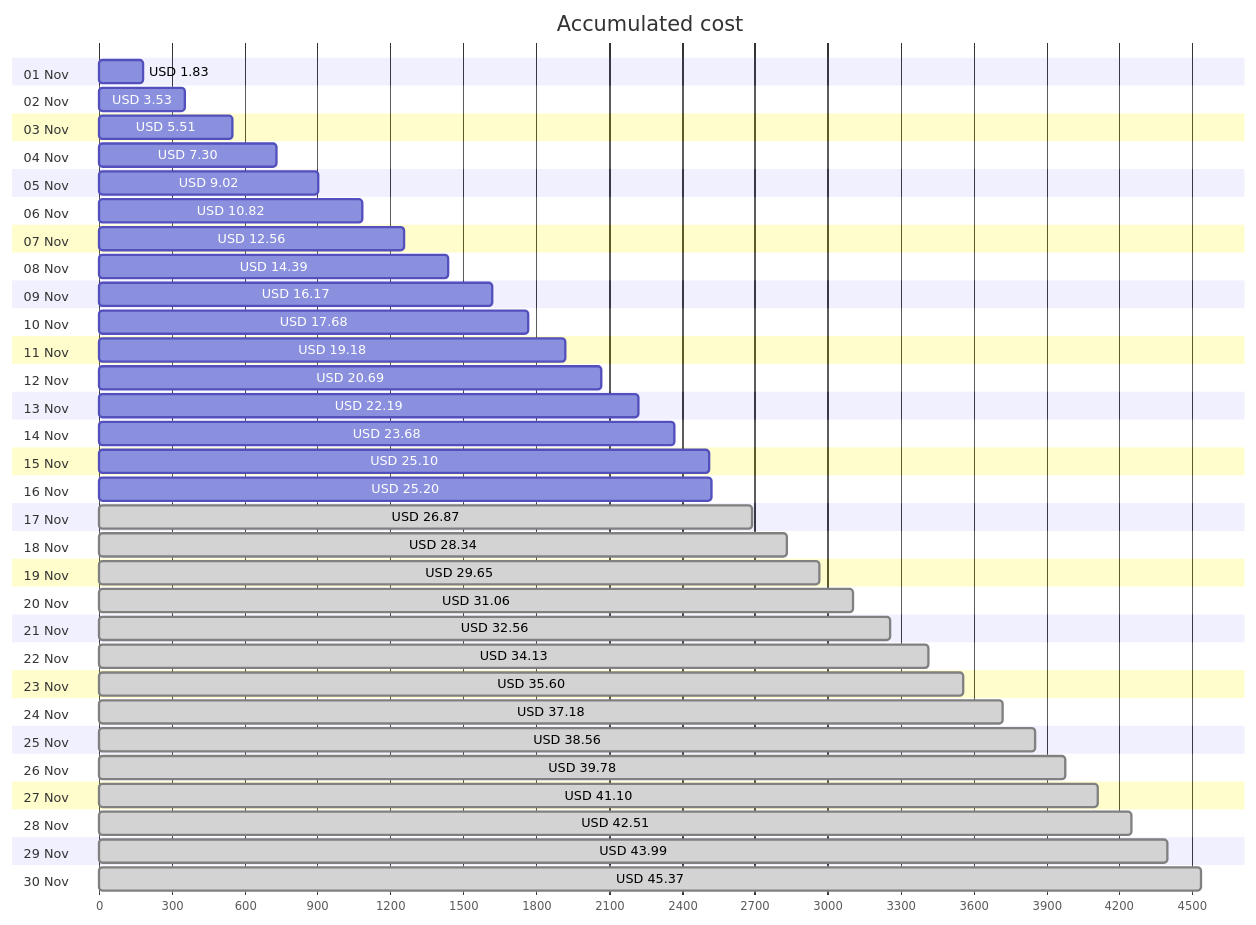
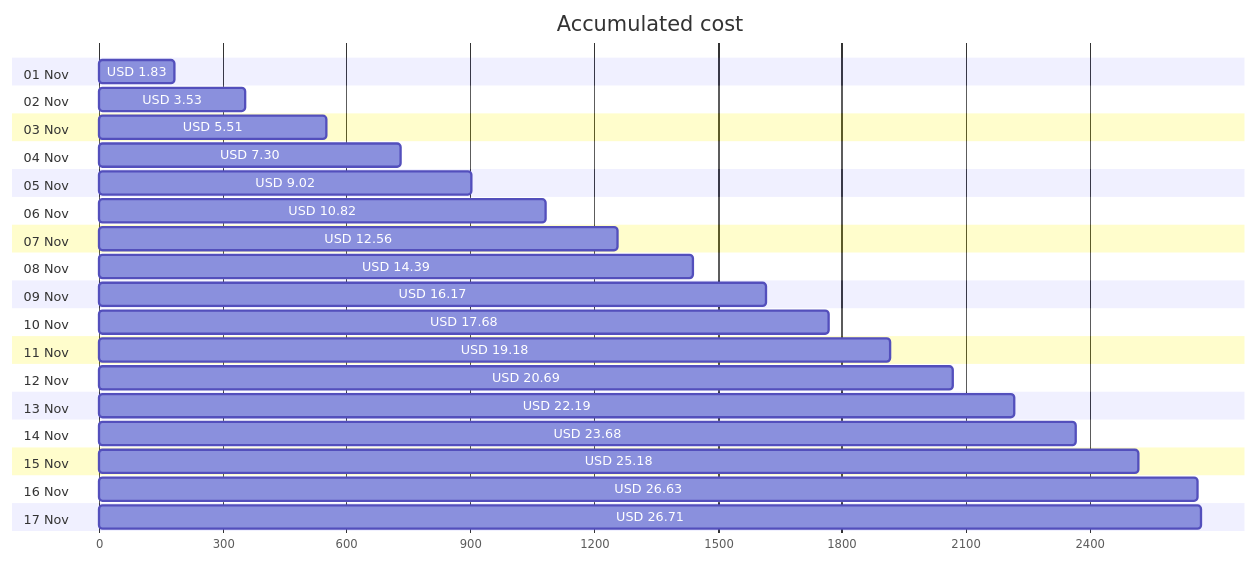
The first of 4 diagrams in cost-reports/personal-network/README.md (jpfulton/azure-personal-reports), drawn with Mermaid before and after one commit. The commit also changed other lines of this file and 8 other files, not shown here.

````diff
--- a/cost-reports/personal-network/README.md
+++ b/cost-reports/personal-network/README.md
@@ -20,66 +20,40 @@
 ```mermaid
 gantt
    title Accumulated cost
    dateFormat  X
    axisFormat %s
    section 01 Nov
    USD 1.83 :0, 183
    section 02 Nov
    USD 3.53 :0, 353
    section 03 Nov
    USD 5.51 :0, 551
    section 04 Nov
    USD 7.30 :0, 730
    section 05 Nov
    USD 9.02 :0, 902
    section 06 Nov
    USD 10.82 :0, 1082
    section 07 Nov
    USD 12.56 :0, 1256
    section 08 Nov
    USD 14.39 :0, 1439
    section 09 Nov
    USD 16.17 :0, 1617
    section 10 Nov
    USD 17.68 :0, 1768
    section 11 Nov
    USD 19.18 :0, 1918
    section 12 Nov
    USD 20.69 :0, 2069
    section 13 Nov
    USD 22.19 :0, 2219
    section 14 Nov
    USD 23.68 :0, 2368
    section 15 Nov
-   USD 25.10 :0, 2510
+   USD 25.18 :0, 2518
    section 16 Nov
-   USD 25.20 :0, 2520
+   USD 26.63 :0, 2663
    section 17 Nov
-   USD 26.87 : done, 0, 2687
-   section 18 Nov
-   USD 28.34 : done, 0, 2834
-   section 19 Nov
-   USD 29.65 : done, 0, 2965
-   section 20 Nov
-   USD 31.06 : done, 0, 3106
-   section 21 Nov
-   USD 32.56 : done, 0, 3256
-   section 22 Nov
-   USD 34.13 : done, 0, 3413
-   section 23 Nov
-   USD 35.60 : done, 0, 3560
-   section 24 Nov
-   USD 37.18 : done, 0, 3718
-   section 25 Nov
-   USD 38.56 : done, 0, 3856
-   section 26 Nov
-   USD 39.78 : done, 0, 3978
-   section 27 Nov
-   USD 41.10 : done, 0, 4110
-   section 28 Nov
-   USD 42.51 : done, 0, 4251
-   section 29 Nov
-   USD 43.99 : done, 0, 4399
-   section 30 Nov
-   USD 45.37 : done, 0, 4537
+   USD 26.71 :0, 2671
 ```
````
